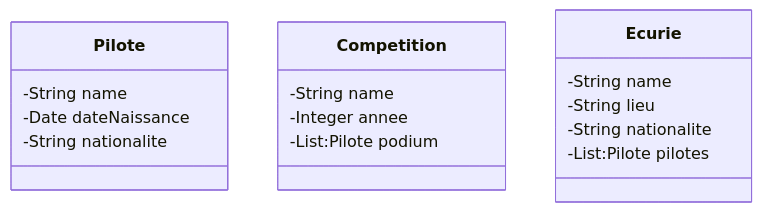
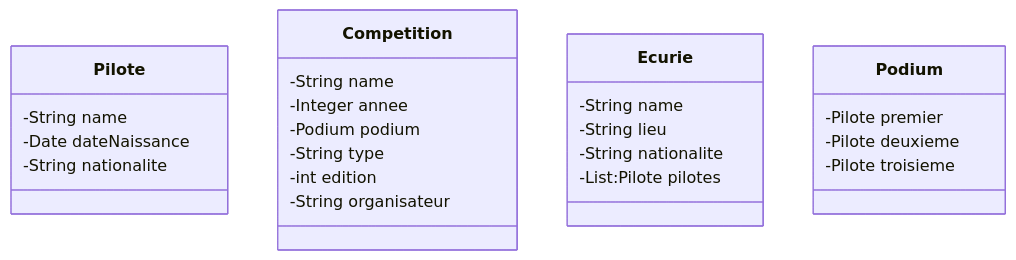
Before and after one commit to juju630/ClientServeurNoSQL: the diagram in README.md, drawn with Mermaid.

Commit message:
Update README.md
diagramme

````diff
--- a/README.md
+++ b/README.md
@@ -26,21 +26,30 @@
 ```mermaid
 classDiagram
       class Pilote{
             -String name
             -Date dateNaissance
             -String nationalite
       }
       
       class Competition{
             -String name
             -Integer annee
-            -List:Pilote podium
+            -Podium podium
+            -String type
+            -int edition
+            -String organisateur
       }
       
       class Ecurie{
              -String name
              -String lieu
              -String nationalite
              -List:Pilote pilotes
       }
+      
+      class Podium{
+            -Pilote premier
+            -Pilote deuxieme
+            -Pilote troisieme
+      }
 ```
````
